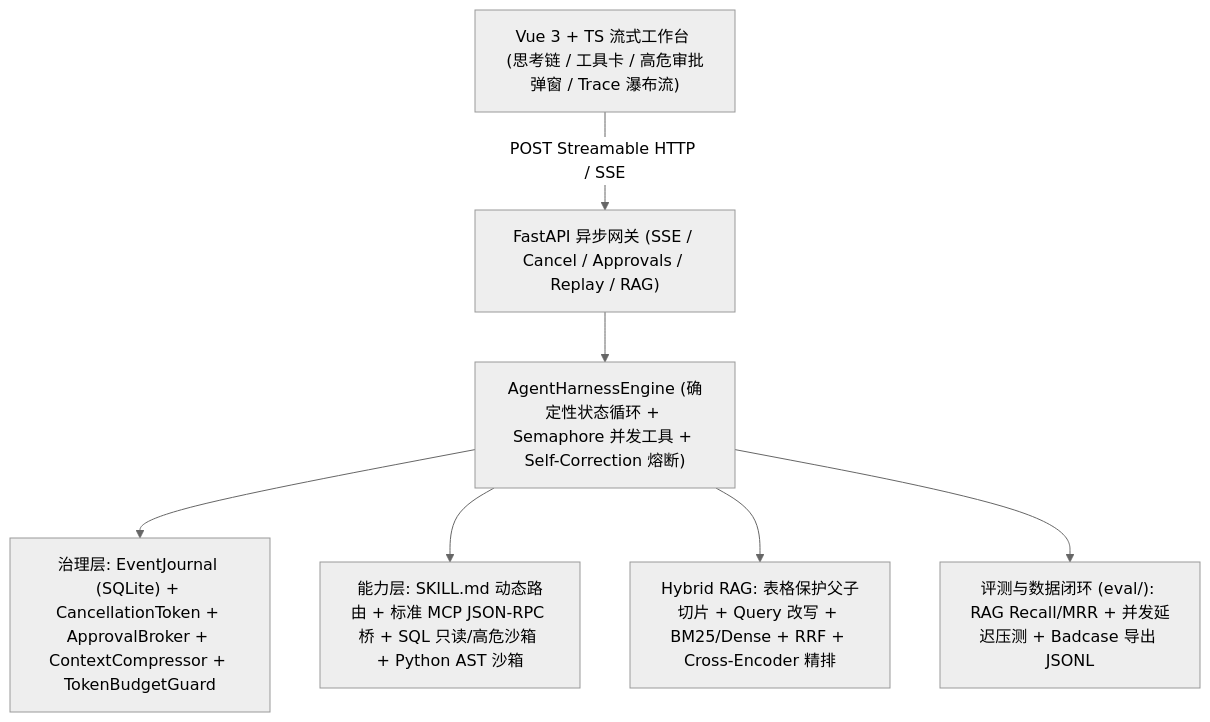
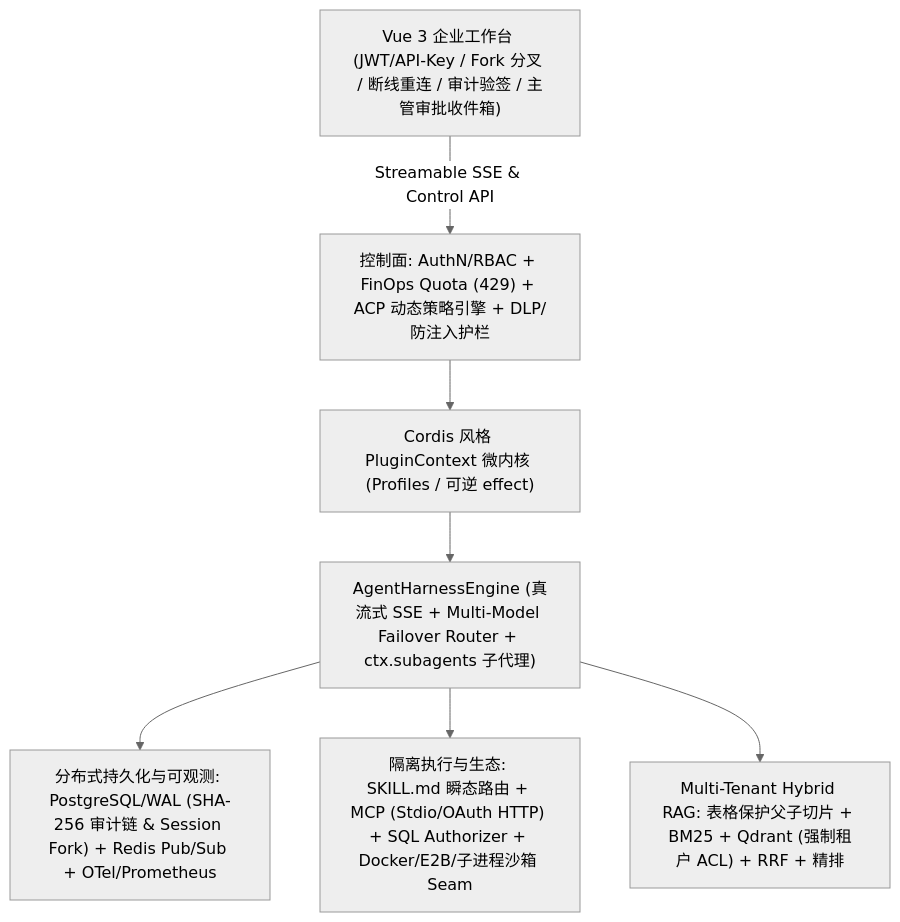
The diagram in README.md (BA-de-BA-jiao-shen-me/agent-harness), drawn with Mermaid (neutral theme) before and after one commit. The commit also changed other lines of this file and 51 other files, not shown here.

Commit message:
feat(enterprise-dsh): upgrade to L4 Enterprise DSH platform with pluggable sandboxes, AuthN/RBAC/SoD, ACP policy, DLP guardrails, Cordis kernel, subagents, Redis/Qdrant/PG & full CI

````diff
--- a/README.md
+++ b/README.md
@@ -25,9 +27,9 @@
 ```mermaid
 flowchart TD
-    WEB["Vue 3 + TS 流式工作台 (思考链 / 工具卡 / 高危审批弹窗 / Trace 瀑布流)"] -->|"POST Streamable HTTP / SSE"| API["FastAPI 异步网关 (SSE / Cancel / Approvals / Replay / RAG)"]
-    API --> RT["AgentHarnessEngine (确定性状态循环 + Semaphore 并发工具 + Self-Correction 熔断)"]
-    RT --> GOV["治理层: EventJournal (SQLite) + CancellationToken + ApprovalBroker + ContextCompressor + TokenBudgetGuard"]
-    RT --> SKILL["能力层: SKILL.md 动态路由 + 标准 MCP JSON-RPC 桥 + SQL 只读/高危沙箱 + Python AST 沙箱"]
-    RT --> RAG["Hybrid RAG: 表格保护父子切片 + Query 改写 + BM25/Dense + RRF + Cross-Encoder 精排"]
-    RT --> EVAL["评测与数据闭环 (eval/): RAG Recall/MRR + 并发延迟压测 + Badcase 导出 JSONL"]
+    WEB["Vue 3 企业工作台 (JWT/API-Key / Fork 分叉 / 断线重连 / 审计验签 / 主管审批收件箱)"] -->|"Streamable SSE & Control API"| CP["控制面: AuthN/RBAC + FinOps Quota (429) + ACP 动态策略引擎 + DLP/防注入护栏"]
+    CP --> CTX["Cordis 风格 PluginContext 微内核 (Profiles / 可逆 effect)"]
+    CTX --> RT["AgentHarnessEngine (真流式 SSE + Multi-Model Failover Router + ctx.subagents 子代理)"]
+    RT --> DATA["分布式持久化与可观测: PostgreSQL/WAL (SHA-256 审计链 & Session Fork) + Redis Pub/Sub + OTel/Prometheus"]
+    RT --> TOOL["隔离执行与生态: SKILL.md 瞬态路由 + MCP (Stdio/OAuth HTTP) + SQL Authorizer + Docker/E2B/子进程沙箱 Seam"]
+    RT --> RAG["Multi-Tenant Hybrid RAG: 表格保护父子切片 + BM25 + Qdrant (强制租户 ACL) + RRF + 精排"]
 ```
````
